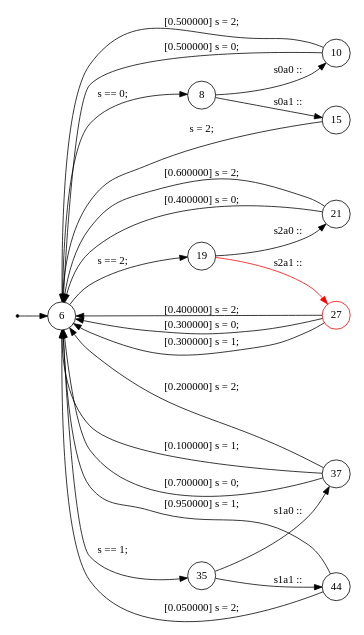
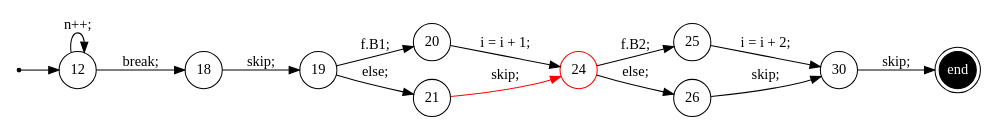
The diagram in trace/5.dot (samilazregsuidi/Daedalux), drawn with Graphviz before and after one commit. The commit also changed 118 other files, not shown here.

```diff
--- a/trace/5.dot
+++ b/trace/5.dot
@@ -1,39 +1,29 @@
 digraph finite_state_machine {
 	rankdir=LR
 	size="8,5"
-	93824993319552 [label = 6, shape = doublecircle, fixedsize = true]; 
-	s93824993319552 [shape = point];
-	 93824993319552 [label = 6, shape = circle, fixedsize = true ];
-	 93824993310416 [label = 8, shape = circle, fixedsize = true ];
-	 93824993310976 [label = 10, shape = circle, fixedsize = true ];
-	 93824993312496 [label = 15, shape = circle, fixedsize = true ];
-	 93824993312944 [label = 19, shape = circle, fixedsize = true ];
-	 93824993313712 [label = 21, shape = circle, fixedsize = true ];
-	 93824993315232 [label = 27, shape = circle, color = red, fixedsize = true ];
-	 93824993316688 [label = 35, shape = circle, fixedsize = true ];
-	 93824993317632 [label = 37, shape = circle, fixedsize = true ];
-	 93824993325184 [label = 44, shape = circle, fixedsize = true ];
-	s93824993319552 -> 93824993319552;
-	93824993319552 -> 93824993310416 [ label = "s == 0; "];
-	93824993310416 -> 93824993310976 [ label = "s0a0 :: "];
-	93824993310976 -> 93824993319552 [ label = " [0.500000] s = 0; "];
-	93824993310976 -> 93824993319552 [ label = " [0.500000] s = 2; "];
-	93824993310416 -> 93824993312496 [ label = "s0a1 :: "];
-	93824993312496 -> 93824993319552 [ label = "s = 2; "];
-	93824993319552 -> 93824993312944 [ label = "s == 2; "];
-	93824993312944 -> 93824993313712 [ label = "s2a0 :: "];
-	93824993313712 -> 93824993319552 [ label = " [0.400000] s = 0; "];
-	93824993313712 -> 93824993319552 [ label = " [0.600000] s = 2; "];
-	93824993312944 -> 93824993315232 [color = red, label = "s2a1 :: "];
-	93824993315232 -> 93824993319552 [ label = " [0.400000] s = 2; "];
-	93824993315232 -> 93824993319552 [ label = " [0.300000] s = 0; "];
-	93824993315232 -> 93824993319552 [ label = " [0.300000] s = 1; "];
-	93824993319552 -> 93824993316688 [ label = "s == 1; "];
-	93824993316688 -> 93824993317632 [ label = "s1a0 :: "];
-	93824993317632 -> 93824993319552 [ label = " [0.100000] s = 1; "];
-	93824993317632 -> 93824993319552 [ label = " [0.700000] s = 0; "];
-	93824993317632 -> 93824993319552 [ label = " [0.200000] s = 2; "];
-	93824993316688 -> 93824993325184 [ label = "s1a1 :: "];
-	93824993325184 -> 93824993319552 [ label = " [0.950000] s = 1; "];
-	93824993325184 -> 93824993319552 [ label = " [0.050000] s = 2; "];
+	93824994178208 [label = 12, shape = doublecircle, fixedsize = true]; 
+	s93824994178208 [shape = point];
+	e93824994173872 [shape = doublecircle, fixedsize = true, style = filled, fillcolor = black, fontcolor = white,  label = end];
+	 93824994178208 [label = 12, shape = circle, fixedsize = true ];
+	 93824994170560 [label = 18, shape = circle, fixedsize = true ];
+	 93824994170896 [label = 19, shape = circle, fixedsize = true ];
+	 93824994171728 [label = 20, shape = circle, fixedsize = true ];
+	 93824994172480 [label = 21, shape = circle, fixedsize = true ];
+	 93824994172256 [label = 24, shape = circle, color = red, fixedsize = true ];
+	 93824994173344 [label = 25, shape = circle, fixedsize = true ];
+	 93824994174096 [label = 26, shape = circle, fixedsize = true ];
+	 93824994173872 [label = 30, shape = circle, fixedsize = true ];
+	s93824994178208 -> 93824994178208;
+	93824994178208 -> 93824994170560 [ label = "break; "];
+	93824994178208 -> 93824994178208 [ label = "n++; "];
+	93824994170560 -> 93824994170896 [ label = "skip; "];
+	93824994170896 -> 93824994171728 [ label = "f.B1; "];
+	93824994171728 -> 93824994172256 [ label = "i = i + 1; "];
+	93824994170896 -> 93824994172480 [ label = "else; "];
+	93824994172480 -> 93824994172256 [color = red, label = "skip; "];
+	93824994172256 -> 93824994173344 [ label = "f.B2; "];
+	93824994173344 -> 93824994173872 [ label = "i = i + 2; "];
+	93824994172256 -> 93824994174096 [ label = "else; "];
+	93824994174096 -> 93824994173872 [ label = "skip; "];
+	93824994173872 -> e93824994173872 [ label = "skip; "];
 }
```
